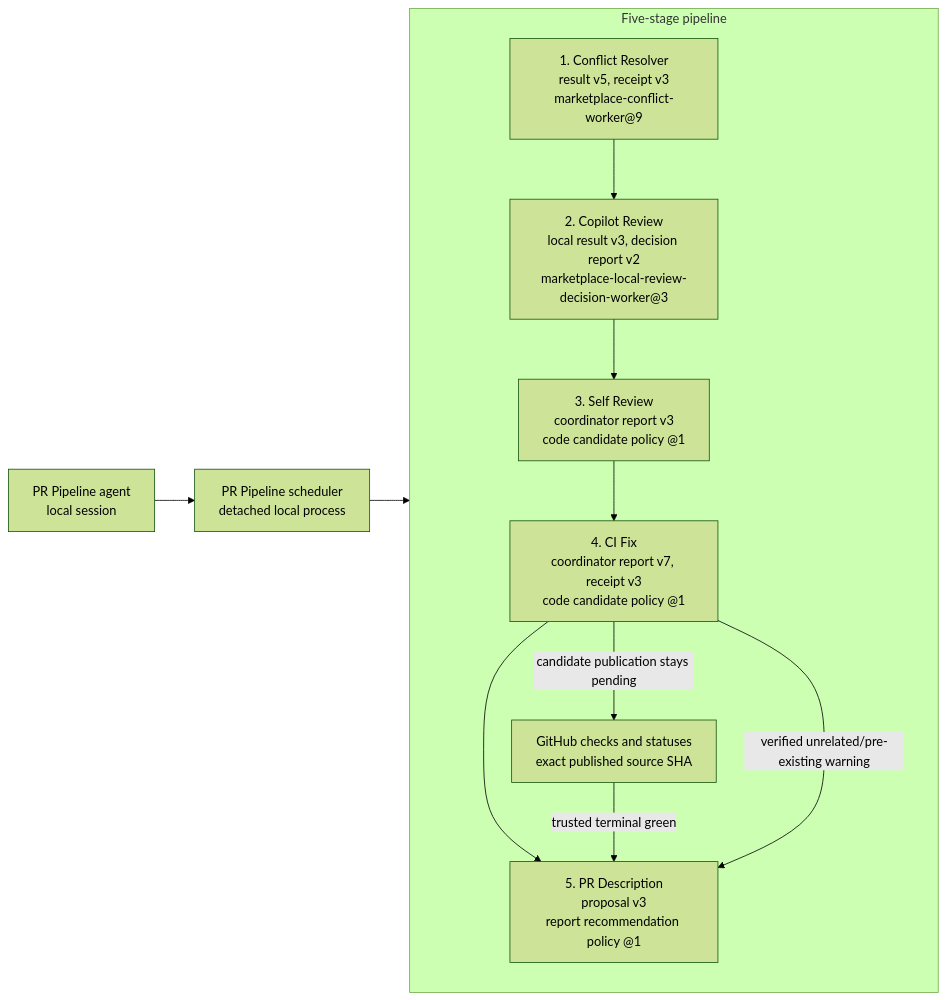
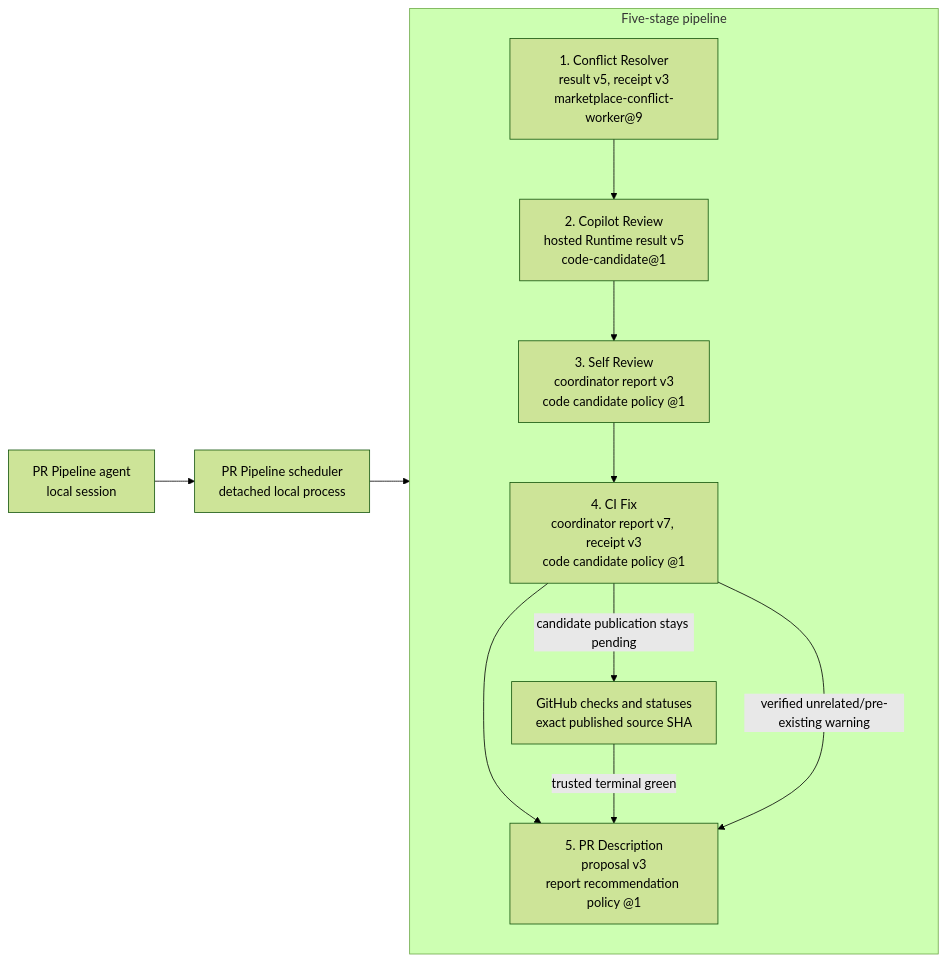
The diagram in plugins/pr-pipeline/README.md (trask/copilot-plugins), drawn with Mermaid (forest theme) before and after one commit. The commit also changed other lines of this file and 17 other files, not shown here.

First line of the commit message:
Move review decisions to hosted tasks and preserve pipeline evidence

````diff
--- a/plugins/pr-pipeline/README.md
+++ b/plugins/pr-pipeline/README.md
@@ -5,23 +5,23 @@
 ```mermaid
 flowchart LR
     agent["PR Pipeline agent<br/>local session"]
     scheduler["PR Pipeline scheduler<br/>detached local process"]
     agent --> scheduler
 
     subgraph pipeline["Five-stage pipeline"]
         direction TB
         conflict["1. Conflict Resolver<br/>result v5, receipt v3<br/>marketplace-conflict-worker@9"]
-        copilotReview["2. Copilot Review<br/>local result v3, decision report v2<br/>marketplace-local-review-decision-worker@3"]
+        copilotReview["2. Copilot Review<br/>hosted Runtime result v5<br/>code-candidate@1"]
         selfReview["3. Self Review<br/>coordinator report v3<br/>code candidate policy @1"]
         ci["4. CI Fix<br/>coordinator report v7, receipt v3<br/>code candidate policy @1"]
         description["5. PR Description<br/>proposal v3<br/>report recommendation policy @1"]
         checks["GitHub checks and statuses<br/>exact published source SHA"]
 
         conflict --> copilotReview --> selfReview --> ci --> description
         ci -->|"candidate publication stays pending"| checks
         checks -->|"trusted terminal green"| description
         ci -->|"verified unrelated/pre-existing warning"| description
     end
 
     scheduler --> conflict
 ```
````
